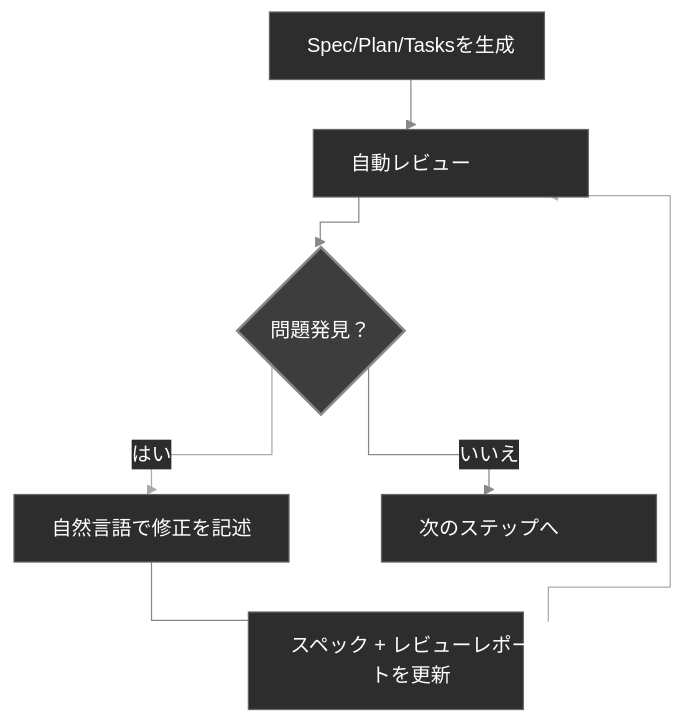
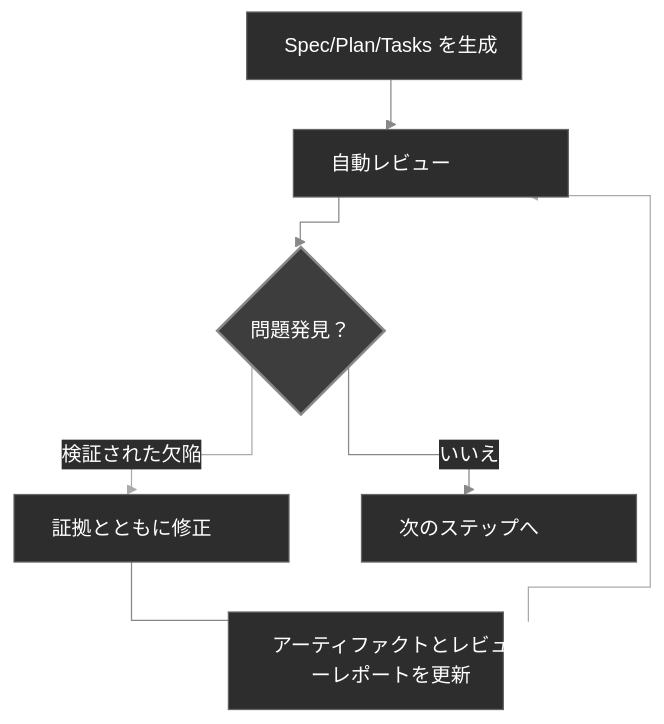
Before and after one commit to Zts0hg/codexspec: the diagram in README.ja.md, drawn with Mermaid. The commit also changed other lines of this file and 6 other files, not shown here.

````diff
--- a/README.ja.md
+++ b/README.ja.md
@@ -346,31 +348,31 @@
 ```mermaid
 %%{init: {
   'theme': 'base',
   'themeVariables': {
     'lineColor': '#888888',
     'primaryColor': '#2d2d2d',
     'primaryTextColor': '#ffffff',
     'primaryBorderColor': '#666666'
   },
   'flowchart': {
     'curve': 'stepBefore',
     'nodeSpacing': 50,
     'rankSpacing': 40
   }
 }}%%
 flowchart TB
     classDef rectStyle fill:#2d2d2d,stroke:#666,stroke-width:1px,color:#fff,width:220px;
     classDef diamondStyle fill:#3d3d3d,stroke:#888,stroke-width:2px,color:#fff;
 
-    A["Spec/Plan/Tasksを生成"]:::rectStyle --> B["自動レビュー"]:::rectStyle
+    A["Spec/Plan/Tasks を生成"]:::rectStyle --> B["自動レビュー"]:::rectStyle
     B --> C{"問題発見？"}:::diamondStyle
 
-    C -->|はい| D["自然言語で修正を記述"]:::rectStyle
-    D --> E["スペック + レビューレポートを更新"]:::rectStyle
+    C -->|検証された欠陥| D["証拠とともに修正"]:::rectStyle
+    D --> E["アーティファクトとレビューレポートを更新"]:::rectStyle
 
     E --> B
 
     C -->|いいえ| F["次のステップへ"]:::rectStyle
 
     linkStyle 2,4 stroke:#aaa,stroke-width:1px;
 ```
````
